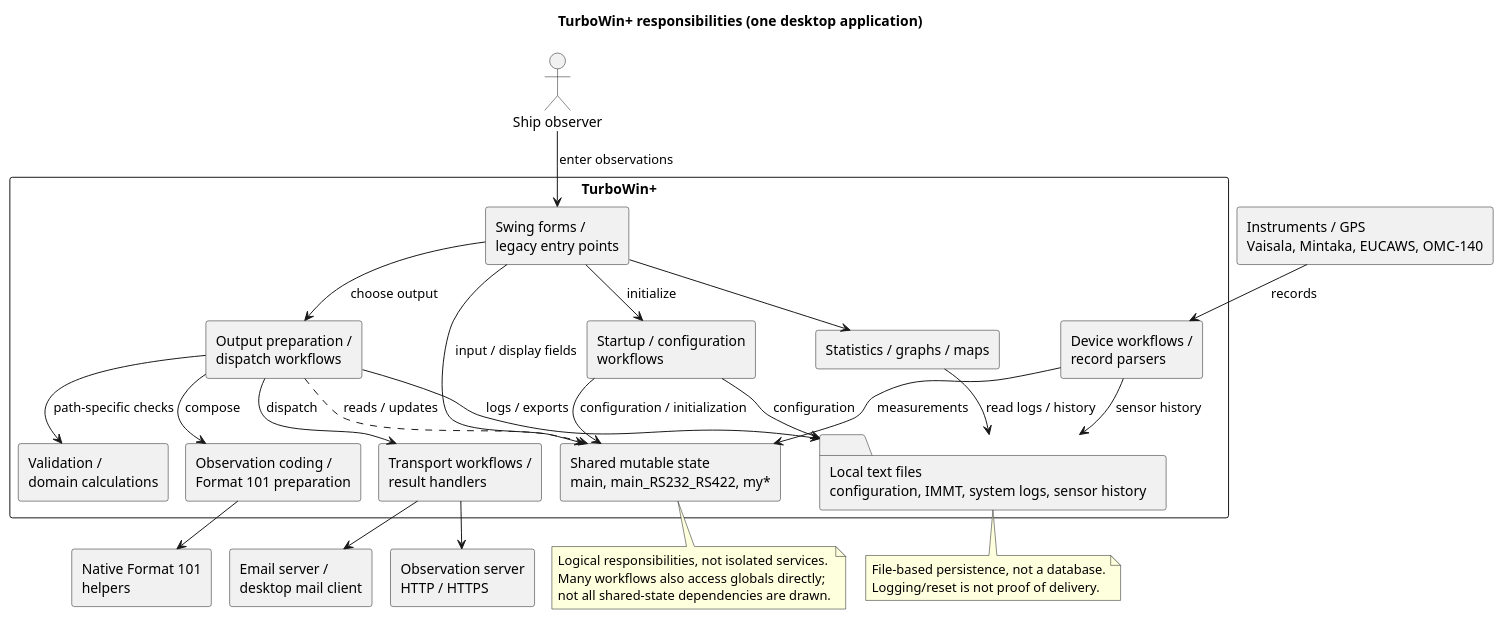
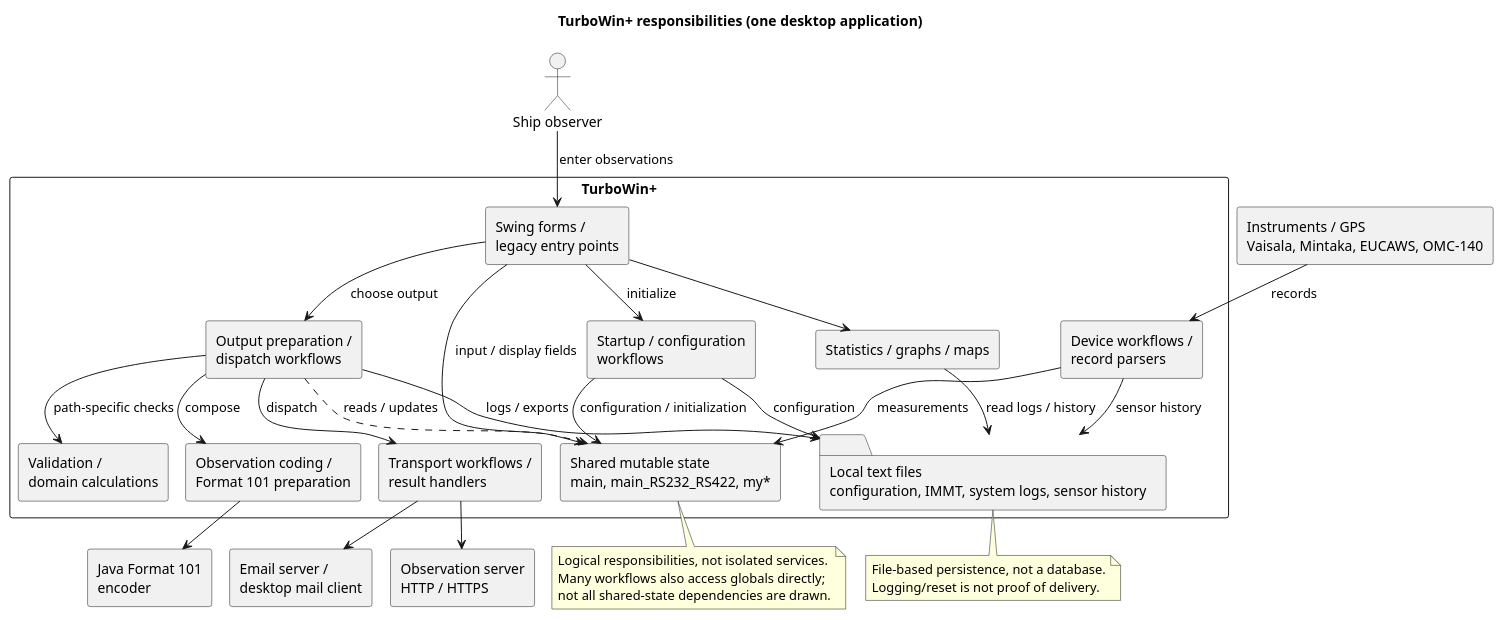
The diagram in documentation/images/05_building_block_view.puml (DeutscherWetterdienst/turbowin), drawn with PlantUML before and after one commit. The commit also changed 9 other files, not shown here.

Commit message:
Describe Java-only format 101 runtime

```diff
--- a/documentation/images/05_building_block_view.puml
+++ b/documentation/images/05_building_block_view.puml
@@ -1,57 +1,57 @@
 @startuml
 !pragma layout smetana
 skinparam componentStyle rectangle
 top to bottom direction
 title TurboWin+ responsibilities (one desktop application)
 
 actor "Ship observer" as Observer
 component "Instruments / GPS\nVaisala, Mintaka, EUCAWS, OMC-140" as Sensors
 component "Email server /\ndesktop mail client" as Email
 component "Observation server\nHTTP / HTTPS" as HTTP
-component "Native Format 101\nhelpers" as Native
+component "Java Format 101\nencoder" as Format101
 
 component "TurboWin+" as TurboWin {
   component "Swing forms /\nlegacy entry points" as UI
   component "Startup / configuration\nworkflows" as Startup
   component "Device workflows /\nrecord parsers" as Acquisition
   component "Shared mutable state\nmain, main_RS232_RS422, my*" as State
   component "Output preparation /\ndispatch workflows" as Output
   component "Validation /\ndomain calculations" as Validation
   component "Observation coding /\nFormat 101 preparation" as Coding
   component "Transport workflows /\nresult handlers" as Transport
   component "Statistics / graphs / maps" as Views
   folder "Local text files\nconfiguration, IMMT, system logs, sensor history" as Files
 }
 
 Observer --> UI : enter observations
 Sensors --> Acquisition : records
 UI --> Startup : initialize
 Startup --> State : configuration / initialization
 UI --> State : input / display fields
 Acquisition --> State : measurements
 Acquisition --> Files : sensor history
 UI --> Output : choose output
 Output ..> State : reads / updates
 Output --> Validation : path-specific checks
 Output --> Coding : compose
 Output --> Transport : dispatch
 Output --> Files : logs / exports
 Startup --> Files : configuration
 UI --> Views
 Views --> Files : read logs / history
 Transport --> Email
 Transport --> HTTP
-Coding --> Native
+Coding --> Format101
 
 note bottom of State
   Logical responsibilities, not isolated services.
   Many workflows also access globals directly;
   not all shared-state dependencies are drawn.
 end note
 
 note bottom of Files
   File-based persistence, not a database.
   Logging/reset is not proof of delivery.
 end note
 
 @enduml
```
